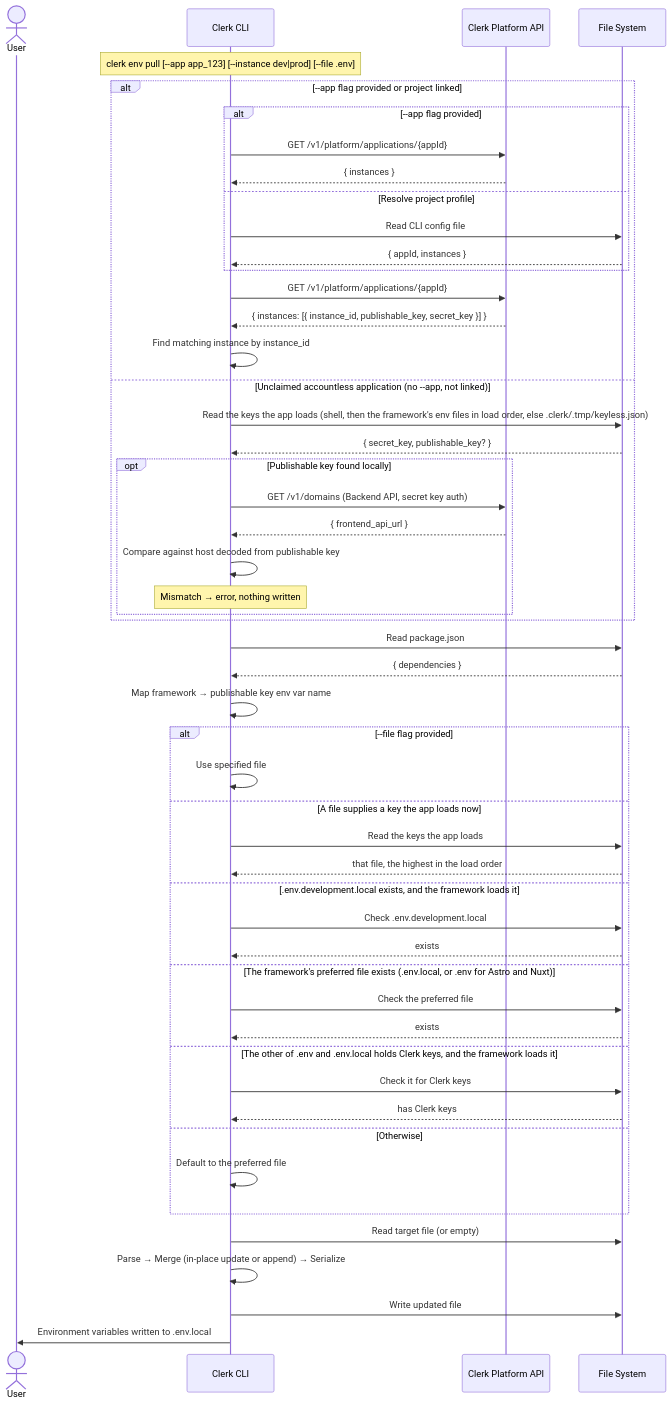
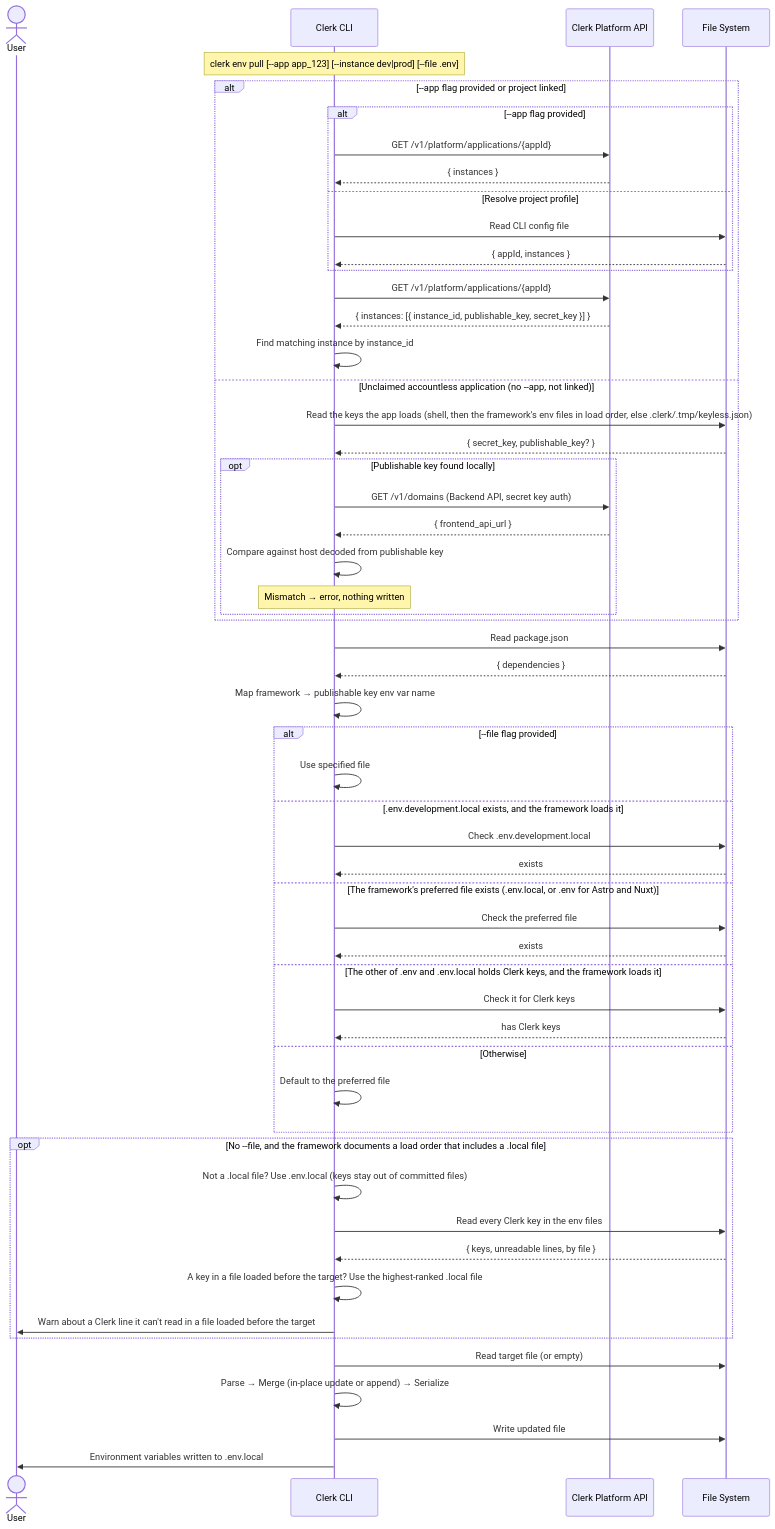
One commit to clerk/cli changed the diagram in packages/cli-core/src/commands/env/README.md. Above: the diagram before and after it, drawn with Mermaid. The commit also changed other lines of this file and 5 other files, not shown here.

First line of the commit message:
Keep env pull's keys out of committed env files

````diff
--- a/packages/cli-core/src/commands/env/README.md
+++ b/packages/cli-core/src/commands/env/README.md
@@ -28,63 +30,67 @@
 ```mermaid
 sequenceDiagram
     actor User
     participant CLI as Clerk CLI
     participant API as Clerk Platform API
     participant FS as File System
 
     Note over CLI: clerk env pull [--app app_123] [--instance dev|prod] [--file .env]
 
     alt --app flag provided or project linked
         alt --app flag provided
             CLI->>API: GET /v1/platform/applications/{appId}
             API-->>CLI: { instances }
         else Resolve project profile
             CLI->>FS: Read CLI config file
             FS-->>CLI: { appId, instances }
         end
 
         %% Fetch application with keys
         CLI->>API: GET /v1/platform/applications/{appId}
         API-->>CLI: { instances: [{ instance_id, publishable_key, secret_key }] }
         CLI->>CLI: Find matching instance by instance_id
     else Unclaimed accountless application (no --app, not linked)
         CLI->>FS: Read the keys the app loads (shell, then the framework's env files in load order, else .clerk/.tmp/keyless.json)
         FS-->>CLI: { secret_key, publishable_key? }
         opt Publishable key found locally
             CLI->>API: GET /v1/domains (Backend API, secret key auth)
             API-->>CLI: { frontend_api_url }
             CLI->>CLI: Compare against host decoded from publishable key
             Note over CLI: Mismatch → error, nothing written
         end
     end
 
     %% Detect framework
     CLI->>FS: Read package.json
     FS-->>CLI: { dependencies }
     CLI->>CLI: Map framework → publishable key env var name
 
     %% Resolve target file (only files the framework loads, when it documents its order)
     alt --file flag provided
         CLI->>CLI: Use specified file
-    else A file supplies a key the app loads now
-        CLI->>FS: Read the keys the app loads
-        FS-->>CLI: that file, the highest in the load order
     else .env.development.local exists, and the framework loads it
         CLI->>FS: Check .env.development.local
         FS-->>CLI: exists
     else The framework's preferred file exists (.env.local, or .env for Astro and Nuxt)
         CLI->>FS: Check the preferred file
         FS-->>CLI: exists
     else The other of .env and .env.local holds Clerk keys, and the framework loads it
         CLI->>FS: Check it for Clerk keys
         FS-->>CLI: has Clerk keys
     else Otherwise
         CLI->>CLI: Default to the preferred file
     end
+    opt No --file, and the framework documents a load order that includes a .local file
+        CLI->>CLI: Not a .local file? Use .env.local (keys stay out of committed files)
+        CLI->>FS: Read every Clerk key in the env files
+        FS-->>CLI: { keys, unreadable lines, by file }
+        CLI->>CLI: A key in a file loaded before the target? Use the highest-ranked .local file
+        CLI->>User: Warn about a Clerk line it can't read in a file loaded before the target
+    end
 
     %% Read, merge, write
     CLI->>FS: Read target file (or empty)
     CLI->>CLI: Parse → Merge (in-place update or append) → Serialize
     CLI->>FS: Write updated file
     CLI->>User: Environment variables written to .env.local
 ```
````
